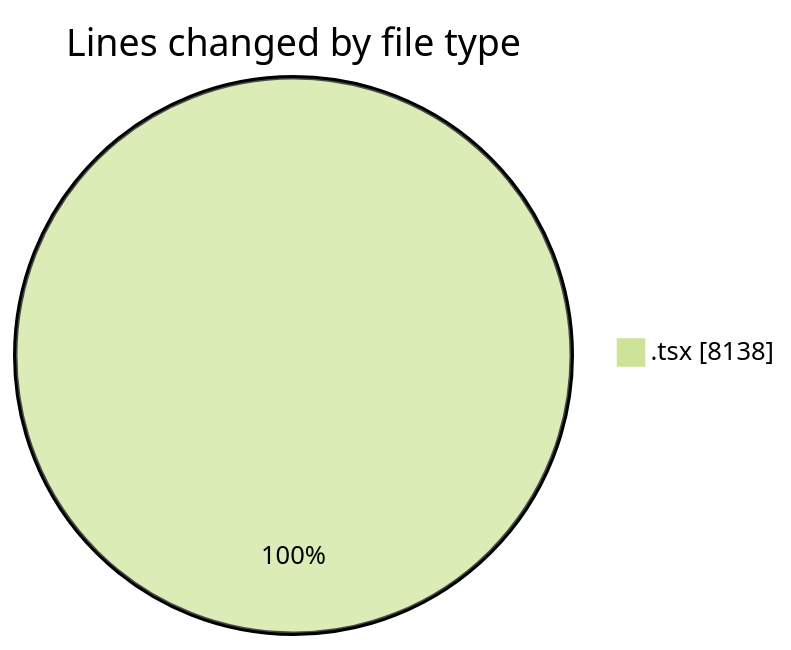
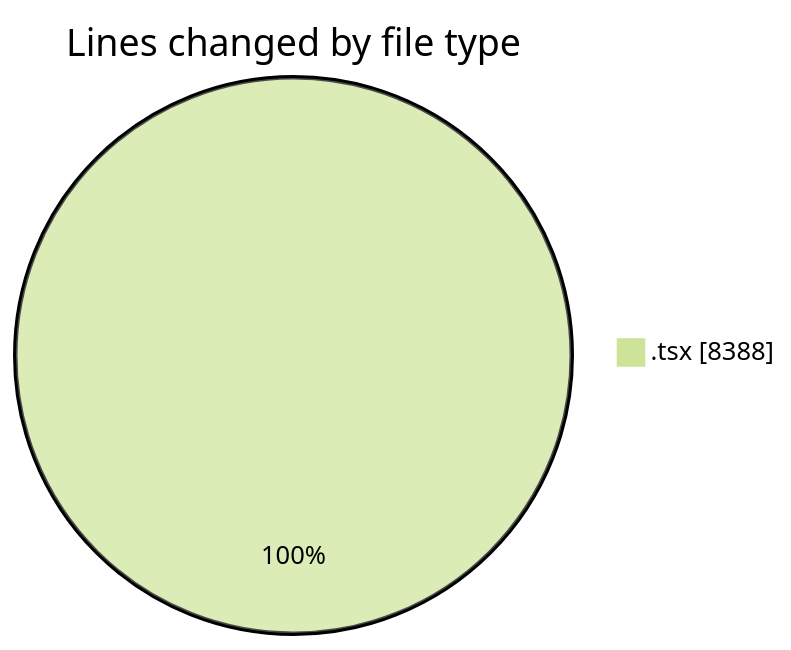
Before and after one commit to momahboobian/code-tracking: the first of 2 diagrams in 2025-12-04/cda/README.md, drawn with Mermaid (forest theme). The commit also changed other lines of this file and 1 other file, not shown here.

````diff
--- a/2025-12-04/cda/README.md
+++ b/2025-12-04/cda/README.md
@@ -29,5 +29,5 @@
 ```mermaid
 pie showData
 title Lines changed by file type
-".tsx" : 8138
+".tsx" : 8388
 ```
````
